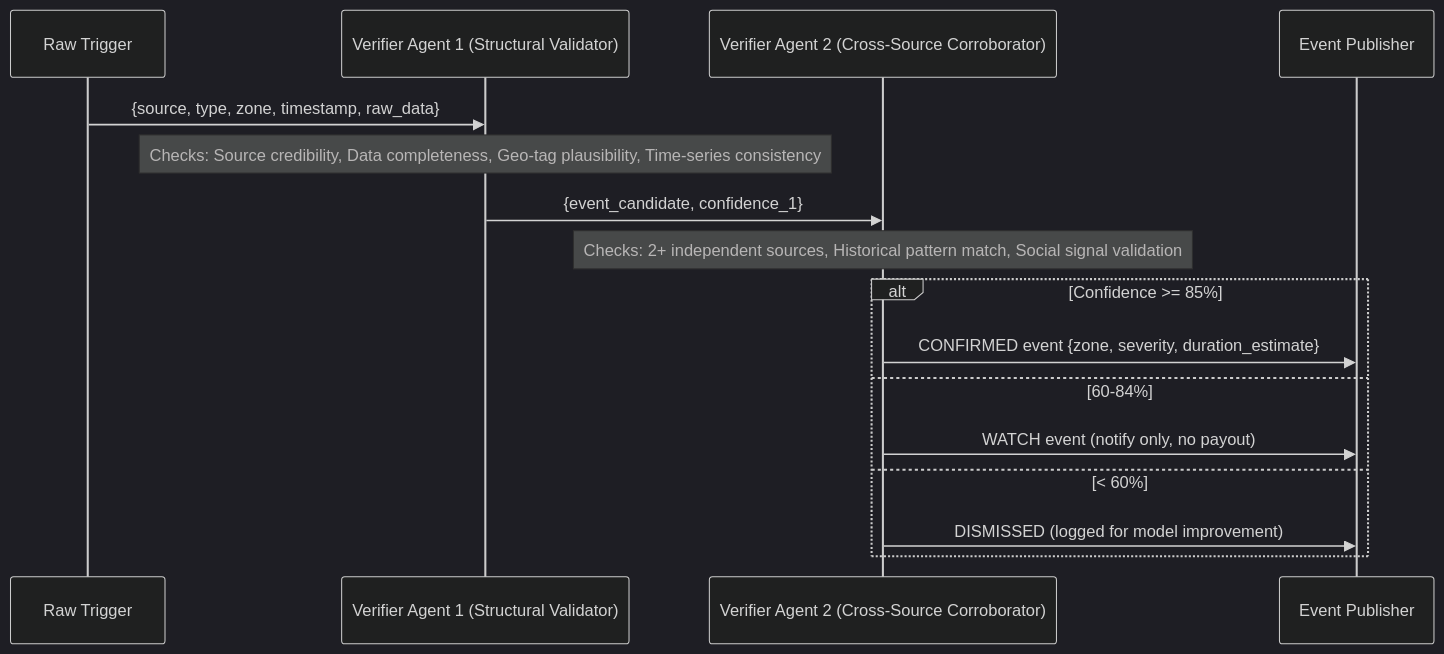
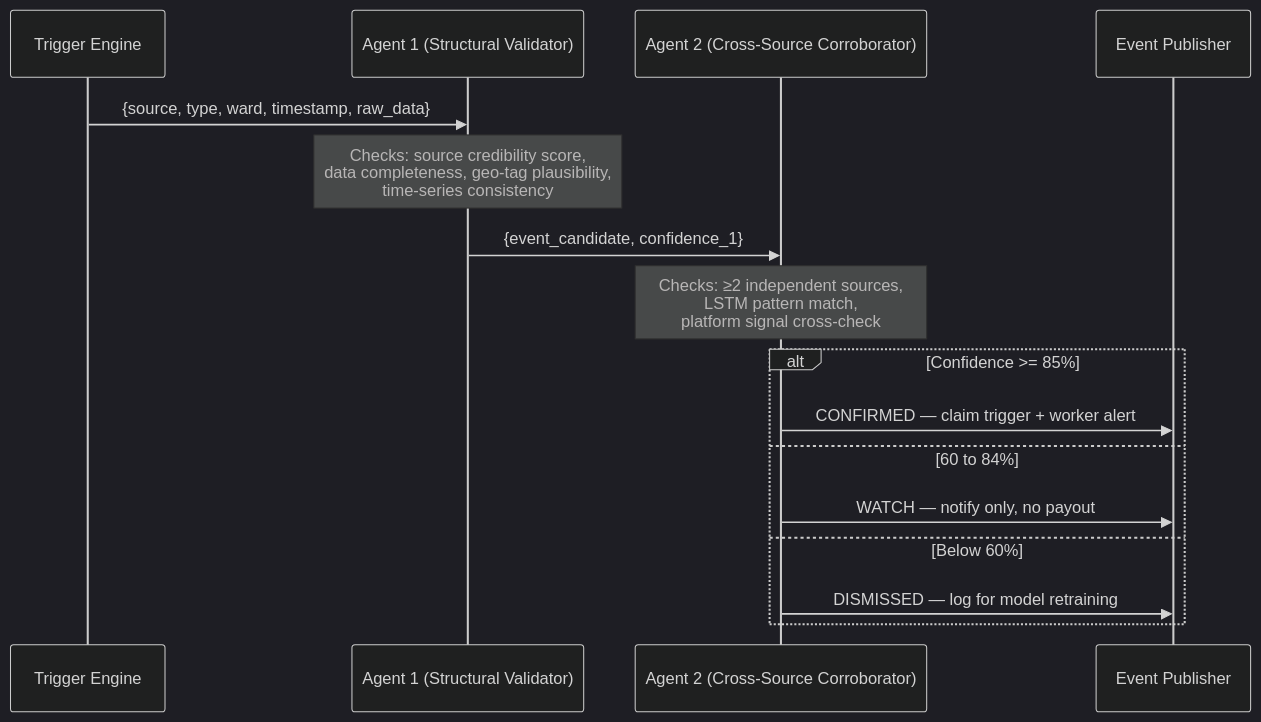
The third of 5 diagrams in README.md (dhanushkrishnac7/GuideWire), drawn with Mermaid (dark theme) before and after one commit. The commit also changed other lines of this file and 27 other files, not shown here.

````diff
--- a/README.md
+++ b/README.md
@@ -321,19 +443,19 @@
 ```mermaid
 sequenceDiagram
-    participant RAW as Raw Trigger
-    participant A1 as Verifier Agent 1 (Structural Validator)
-    participant A2 as Verifier Agent 2 (Cross-Source Corroborator)
+    participant TR as Trigger Engine
+    participant A1 as Agent 1 (Structural Validator)
+    participant A2 as Agent 2 (Cross-Source Corroborator)
     participant EP as Event Publisher
 
-    RAW->>A1: {source, type, zone, timestamp, raw_data}
-    Note over A1: Checks: Source credibility, Data completeness, Geo-tag plausibility, Time-series consistency
+    TR->>A1: {source, type, ward, timestamp, raw_data}
+    Note over A1: Checks: source credibility score,<br/>data completeness, geo-tag plausibility,<br/>time-series consistency
     A1->>A2: {event_candidate, confidence_1}
-    Note over A2: Checks: 2+ independent sources, Historical pattern match, Social signal validation
+    Note over A2: Checks: ≥2 independent sources,<br/>LSTM pattern match,<br/>platform signal cross-check
     alt Confidence >= 85%
-        A2->>EP: CONFIRMED event {zone, severity, duration_estimate}
-    else 60-84%
-        A2->>EP: WATCH event (notify only, no payout)
-    else < 60%
-        A2->>EP: DISMISSED (logged for model improvement)
+        A2->>EP: CONFIRMED — claim trigger + worker alert
+    else 60 to 84%
+        A2->>EP: WATCH — notify only, no payout
+    else Below 60%
+        A2->>EP: DISMISSED — log for model retraining
     end
 ```
````
